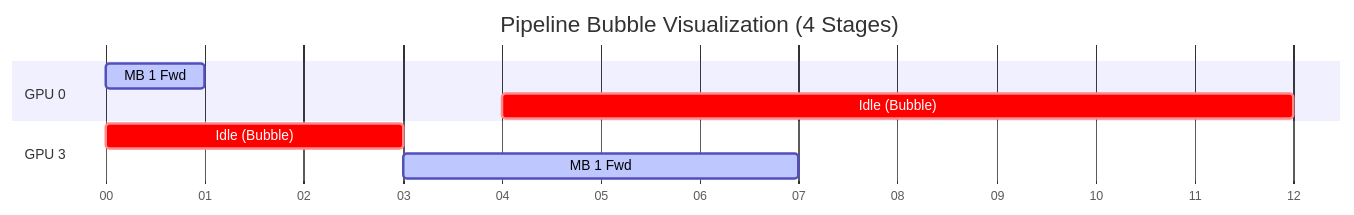
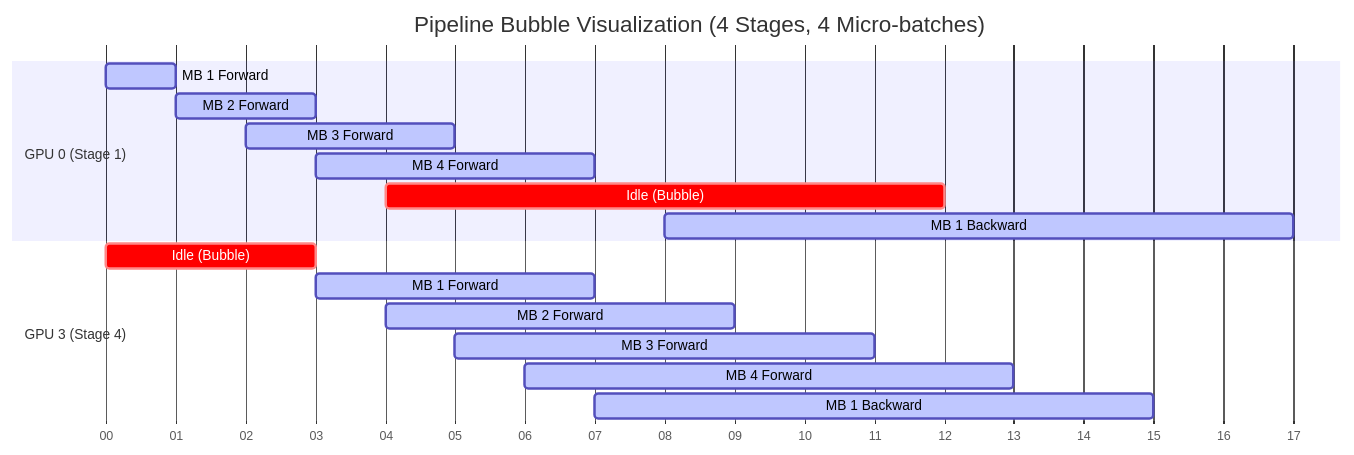
Before and after one commit to jithinpnjm/nvidia-devops: the diagram in docs/nvidia-zero-to-hero/volume-13/chapter-06-tensor-pipeline-and-expert-parallelism.md, drawn with Mermaid. The commit also changed other lines of this file and 3 other files, not shown here.

Commit message:
docs: use exact exact structural headers and restore deep architecture specifics

````diff
--- a/docs/nvidia-zero-to-hero/volume-13/chapter-06-tensor-pipeline-and-expert-parallelism.md
+++ b/docs/nvidia-zero-to-hero/volume-13/chapter-06-tensor-pipeline-and-expert-parallelism.md
@@ -21,12 +27,22 @@
 ```mermaid
 gantt
-    title Pipeline Bubble Visualization (4 Stages)
+    title Pipeline Bubble Visualization (4 Stages, 4 Micro-batches)
     dateFormat  s
     axisFormat %S
-    section GPU 0
-    MB 1 Fwd :active, 0, 1s
+    
+    section GPU 0 (Stage 1)
+    MB 1 Forward :active, 0, 1s
+    MB 2 Forward :active, 1, 2s
+    MB 3 Forward :active, 2, 3s
+    MB 4 Forward :active, 3, 4s
     Idle (Bubble) :crit, 4, 8s
-    section GPU 3
+    MB 1 Backward :active, 8, 9s
+    
+    section GPU 3 (Stage 4)
     Idle (Bubble) :crit, 0, 3s
-    MB 1 Fwd :active, 3, 4s
+    MB 1 Forward :active, 3, 4s
+    MB 2 Forward :active, 4, 5s
+    MB 3 Forward :active, 5, 6s
+    MB 4 Forward :active, 6, 7s
+    MB 1 Backward :active, 7, 8s
 ```
````
